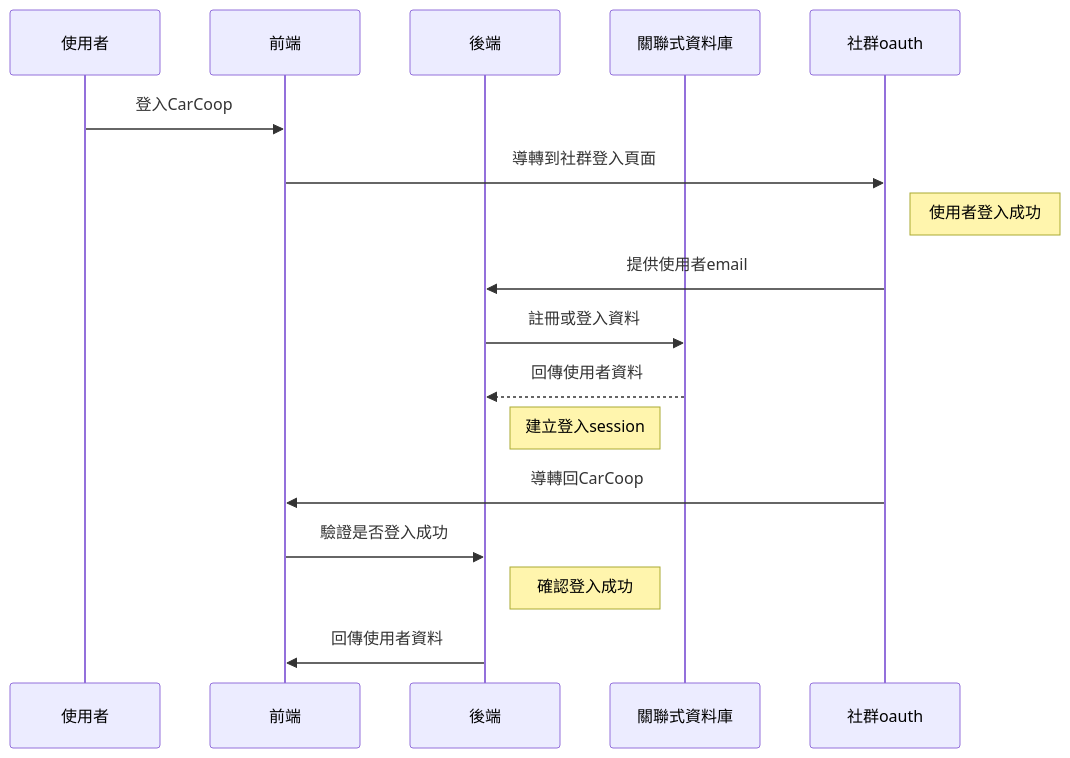
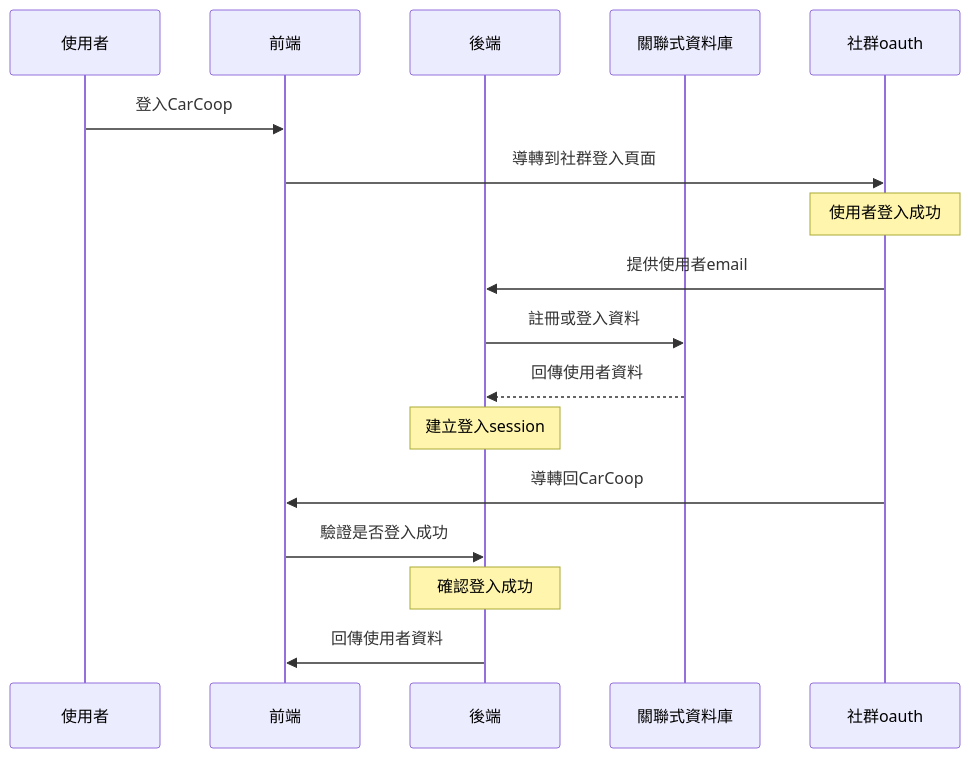
One commit to CarCoop/car-coop changed the first of 3 diagrams in README.md. Above: the diagram before and after it, drawn with Mermaid. The commit also changed other lines of this file, not shown here.

Commit message:
司機發起行程流程圖

````diff
--- a/README.md
+++ b/README.md
@@ -5,19 +5,19 @@
 ```mermaid
 sequenceDiagram
     participant 使用者
     participant 前端
     participant 後端
     participant 關聯式資料庫
     participant 社群oauth
     使用者->>前端:登入CarCoop
     前端->>社群oauth:導轉到社群登入頁面
-    Note right of 社群oauth: 使用者登入成功
+    Note over 社群oauth: 使用者登入成功
     社群oauth->>後端:提供使用者email
     後端->>關聯式資料庫:註冊或登入資料
     關聯式資料庫-->>後端:回傳使用者資料
-    Note right of 後端: 建立登入session
+    Note over 後端: 建立登入session
     社群oauth->>前端:導轉回CarCoop
     前端->>後端:驗證是否登入成功
-    Note right of 後端: 確認登入成功
+    Note over 後端: 確認登入成功
     後端->>前端:回傳使用者資料
 ```
````
